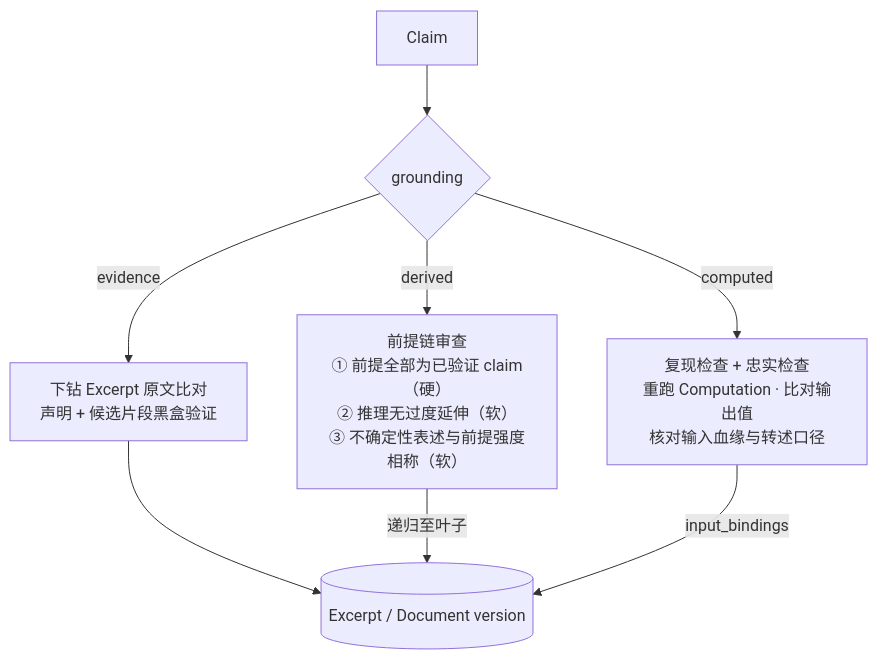
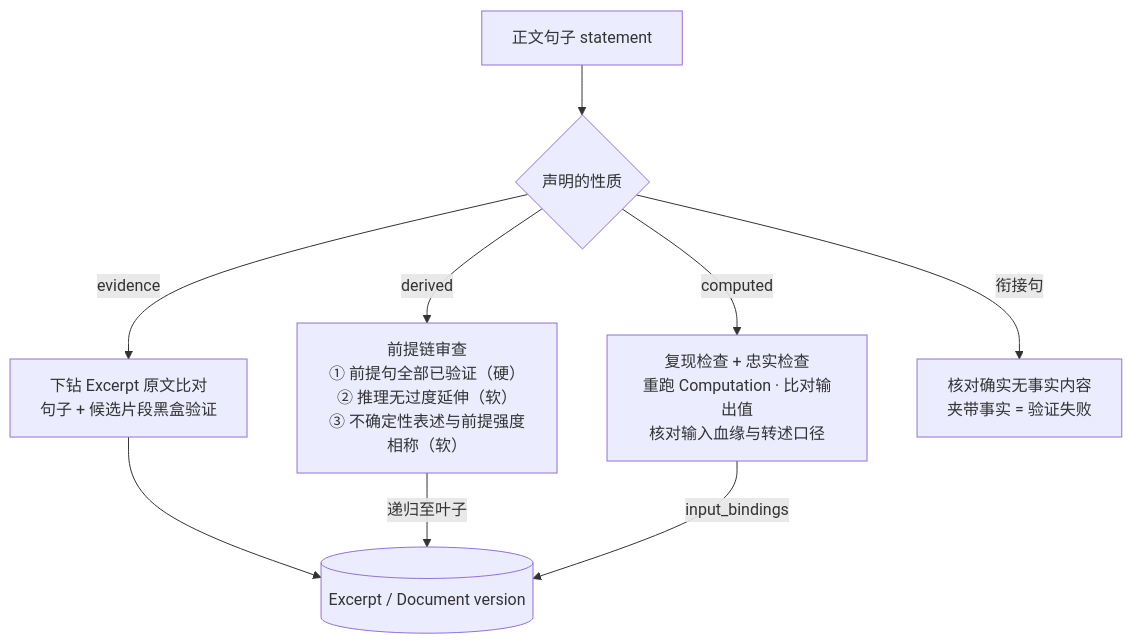
One commit to ecaps7/Prospector changed the fourth of 6 diagrams in docs/design.md. Above: the diagram before and after it, drawn with Mermaid. The commit also changed other lines of this file and 21 other files, not shown here.

````diff
--- a/docs/design.md
+++ b/docs/design.md
@@ -674,10 +676,11 @@
 ```mermaid
 flowchart TD
-    C[Claim] --> G{grounding}
-    G -- evidence --> VE[下钻 Excerpt 原文比对<br/>声明 + 候选片段黑盒验证]
-    G -- derived --> VD[前提链审查<br/>① 前提全部为已验证 claim（硬）<br/>② 推理无过度延伸（软）<br/>③ 不确定性表述与前提强度相称（软）]
+    C[正文句子 statement] --> G{声明的性质}
+    G -- evidence --> VE[下钻 Excerpt 原文比对<br/>句子 + 候选片段黑盒验证]
+    G -- derived --> VD[前提链审查<br/>① 前提句全部已验证（硬）<br/>② 推理无过度延伸（软）<br/>③ 不确定性表述与前提强度相称（软）]
     G -- computed --> VC[复现检查 + 忠实检查<br/>重跑 Computation · 比对输出值<br/>核对输入血缘与转述口径]
+    G -- 衔接句 --> VN[核对确实无事实内容<br/>夹带事实 = 验证失败]
     VE --> X[(Excerpt / Document version)]
     VD -- 递归至叶子 --> X
     VC -- input_bindings --> X
 ```
````
